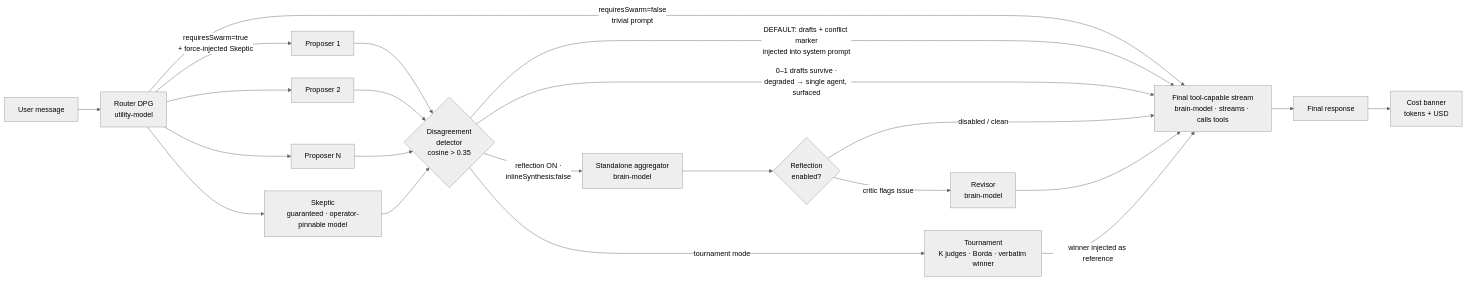
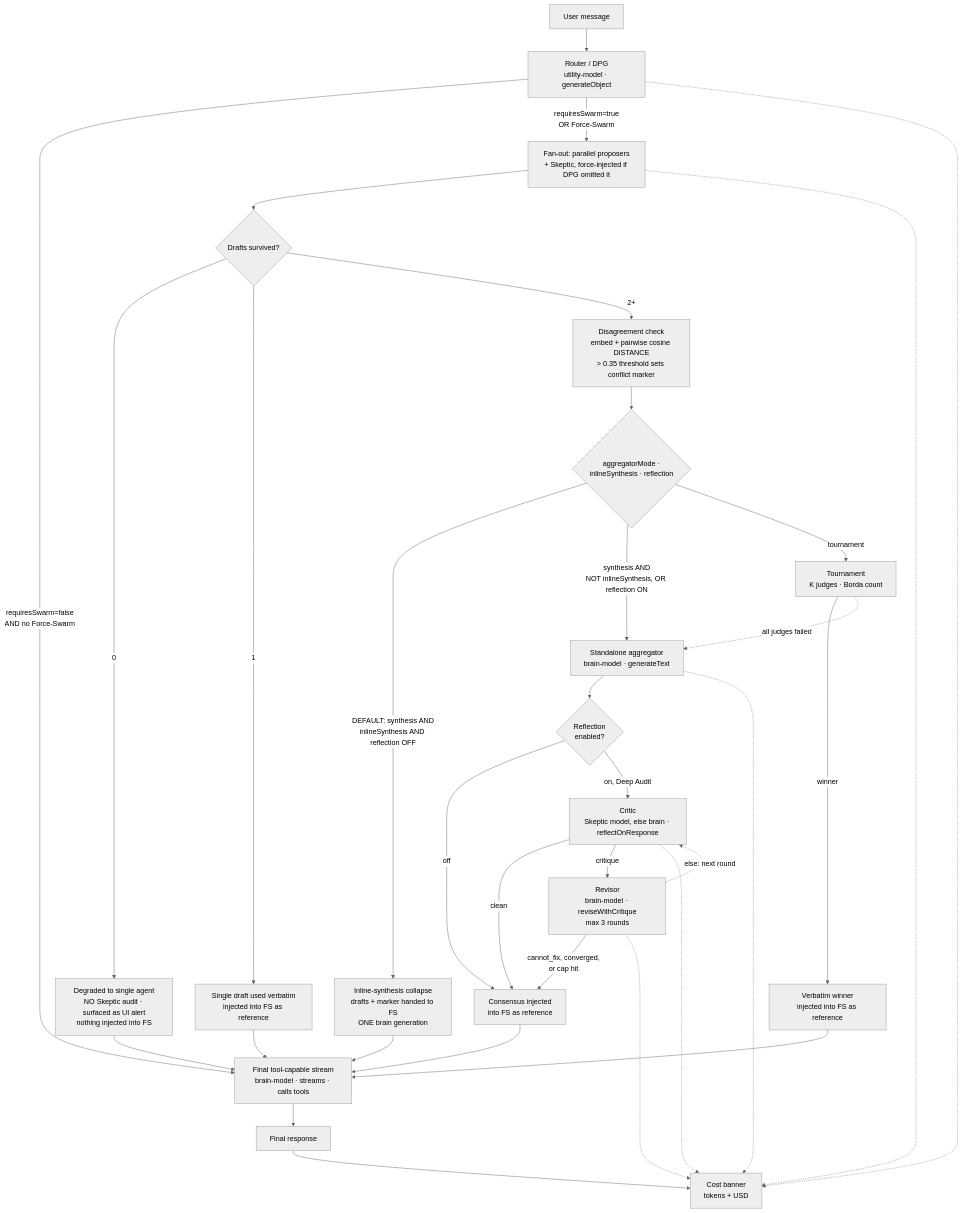
One commit to aleksbuss/orchestra changed the diagram in README.md. Above: the diagram before and after it, drawn with Mermaid (neutral theme). The commit also changed other lines of this file, not shown here.

````diff
--- a/README.md
+++ b/README.md
@@ -100,24 +100,41 @@
 ```mermaid
-flowchart LR
-    U[User message] --> R[Router DPG<br/>utility-model]
-    R -->|requiresSwarm=false<br/>trivial prompt| FS
-    R -->|requiresSwarm=true<br/>+ force-injected Skeptic| P1[Proposer 1]
-    R --> P2[Proposer 2]
-    R --> P3[Proposer N]
-    R --> PS[Skeptic<br/>guaranteed · operator-pinnable model]
-    P1 --> DD{Disagreement<br/>detector<br/>cosine &gt; 0.35}
-    P2 --> DD
-    P3 --> DD
-    PS --> DD
-    DD -->|DEFAULT: drafts + conflict marker<br/>injected into system prompt| FS[Final tool-capable stream<br/>brain-model · streams · calls tools]
-    DD -->|0–1 drafts survive ·<br/>degraded → single agent, surfaced| FS
-    DD -->|reflection ON ·<br/>inlineSynthesis:false| AGG[Standalone aggregator<br/>brain-model]
-    DD -->|tournament mode| TQ[Tournament<br/>K judges · Borda · verbatim winner]
-    AGG --> REF{Reflection<br/>enabled?}
-    REF -->|critic flags issue| REV[Revisor<br/>brain-model]
-    REF -->|disabled / clean| FS
-    REV --> FS
-    TQ -->|winner injected as reference| FS
+flowchart TD
+    U[User message] --> R[Router / DPG<br/>utility-model · generateObject]
+    R -->|requiresSwarm=false<br/>AND no Force-Swarm| FS[Final tool-capable stream<br/>brain-model · streams · calls tools]
+    R -->|requiresSwarm=true<br/>OR Force-Swarm| FAN[Fan-out: parallel proposers<br/>+ Skeptic, force-injected if DPG omitted it]
+
+    FAN --> SURV{Drafts survived?}
+    SURV -->|0| DEG[Degraded to single agent<br/>NO Skeptic audit · surfaced as UI alert<br/>nothing injected into FS]
+    SURV -->|1| S1[Single draft used verbatim<br/>injected into FS as reference]
+    SURV -->|2+| DD[Disagreement check<br/>embed + pairwise cosine DISTANCE<br/>&gt; 0.35 threshold sets conflict marker]
+
+    DEG --> FS
+    S1 --> FS
+
+    DD --> GATE{aggregatorMode ·<br/>inlineSynthesis · reflection}
+    GATE -->|DEFAULT: synthesis AND<br/>inlineSynthesis AND reflection OFF| INL[Inline-synthesis collapse<br/>drafts + marker handed to FS<br/>ONE brain generation]
+    GATE -->|synthesis AND<br/>NOT inlineSynthesis, OR reflection ON| AGG[Standalone aggregator<br/>brain-model · generateText]
+    GATE -->|tournament| TQ[Tournament<br/>K judges · Borda count]
+
+    INL --> FS
+    TQ -->|winner| TW[Verbatim winner<br/>injected into FS as reference]
+    TW --> FS
+    TQ -.->|all judges failed| AGG
+
+    AGG --> RGATE{Reflection<br/>enabled?}
+    RGATE -->|off| REFOUT[Consensus injected<br/>into FS as reference]
+    RGATE -->|on, Deep Audit| CRIT[Critic<br/>Skeptic model, else brain · reflectOnResponse]
+    CRIT -->|clean| REFOUT
+    CRIT -->|critique| REV[Revisor<br/>brain-model · reviseWithCritique<br/>max 3 rounds]
+    REV -->|cannot_fix, converged,<br/>or cap hit| REFOUT
+    REV -.->|else: next round| CRIT
+    REFOUT --> FS
+
     FS --> OUT[Final response]
     OUT --> CB[Cost banner<br/>tokens + USD]
+    R -.-> CB
+    FAN -.-> CB
+    AGG -.-> CB
+    CRIT -.-> CB
+    REV -.-> CB
 ```
````
